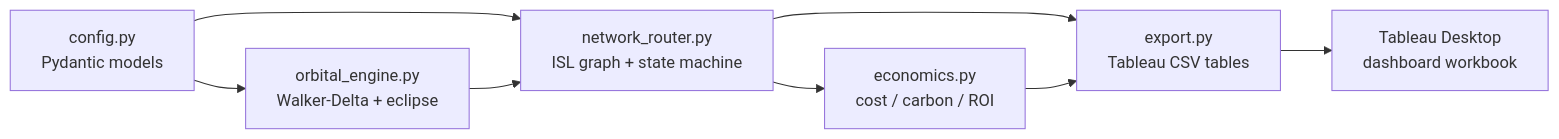
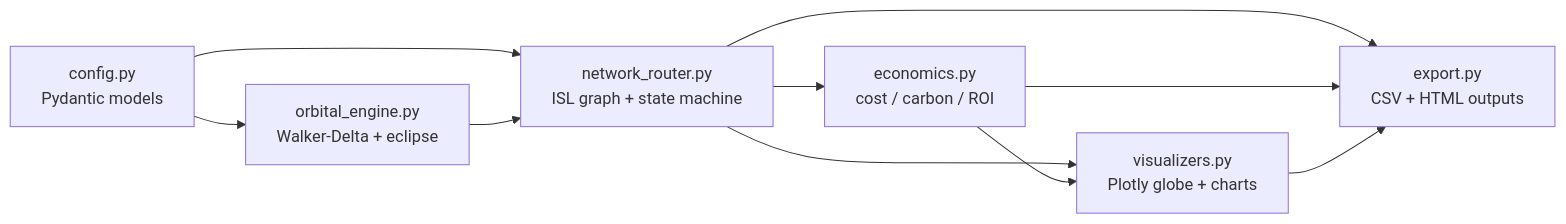
The diagram in README.md (afogelis/OrbiCloud-Sim), drawn with Mermaid before and after one commit. The commit also changed other lines of this file and 7 other files, not shown here.

First line of the commit message:
Add Plotly HTML visualizations and remove Tableau references.

````diff
--- a/README.md
+++ b/README.md
@@ -21,10 +21,12 @@
 ```mermaid
 flowchart LR
     cfg["config.py<br/>Pydantic models"] --> orb["orbital_engine.py<br/>Walker-Delta + eclipse"]
     cfg --> rt["network_router.py<br/>ISL graph + state machine"]
     orb --> rt
     rt --> econ["economics.py<br/>cost / carbon / ROI"]
-    rt --> exp["export.py<br/>Tableau CSV tables"]
+    rt --> viz["visualizers.py<br/>Plotly globe + charts"]
+    econ --> viz
+    rt --> exp["export.py<br/>CSV + HTML outputs"]
     econ --> exp
-    exp --> tab["Tableau Desktop<br/>dashboard workbook"]
+    viz --> exp
 ```
````
